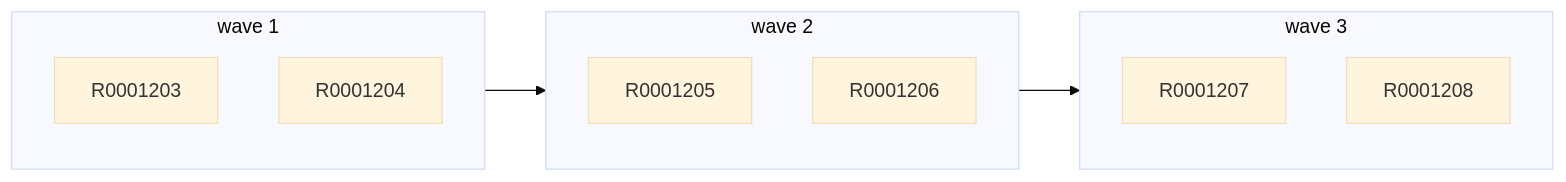
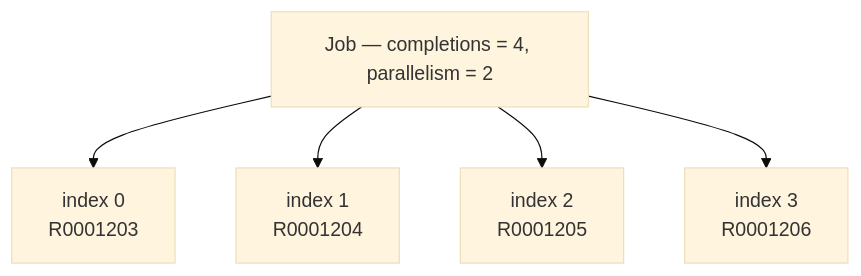
The diagram in docs/slides/assets/part-1-from-one-folder-to-the-archive-8.mmd (AI-Riksarkivet/htrflow-batch), drawn with Mermaid (base theme) before and after one commit. The commit also changed 20 other files, not shown here.

```diff
--- a/docs/slides/assets/part-1-from-one-folder-to-the-archive-8.mmd
+++ b/docs/slides/assets/part-1-from-one-folder-to-the-archive-8.mmd
@@ -1,14 +1,7 @@
-flowchart LR
-  subgraph W1["wave 1"]
-    A["R0001203"]
-    Bx["R0001204"]
-  end
-  subgraph W2["wave 2"]
-    C["R0001205"]
-    D["R0001206"]
-  end
-  subgraph W3["wave 3"]
-    E["R0001207"]
-    F["R0001208"]
-  end
-  W1 --> W2 --> W3
+flowchart TB
+  J["Job — completions = 4, parallelism = 2"]
+  A["index 0<br/>R0001203"]
+  Bx["index 1<br/>R0001204"]
+  C["index 2<br/>R0001205"]
+  D["index 3<br/>R0001206"]
+  J --> A & Bx & C & D
```
